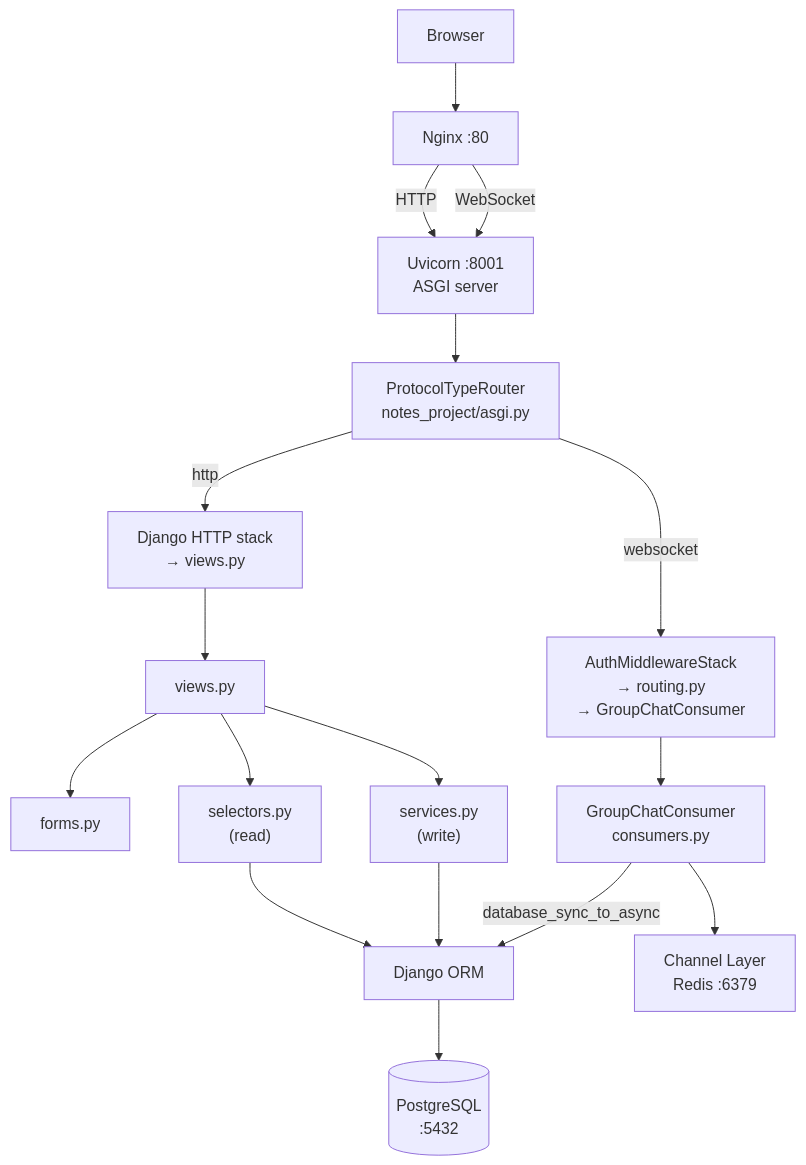
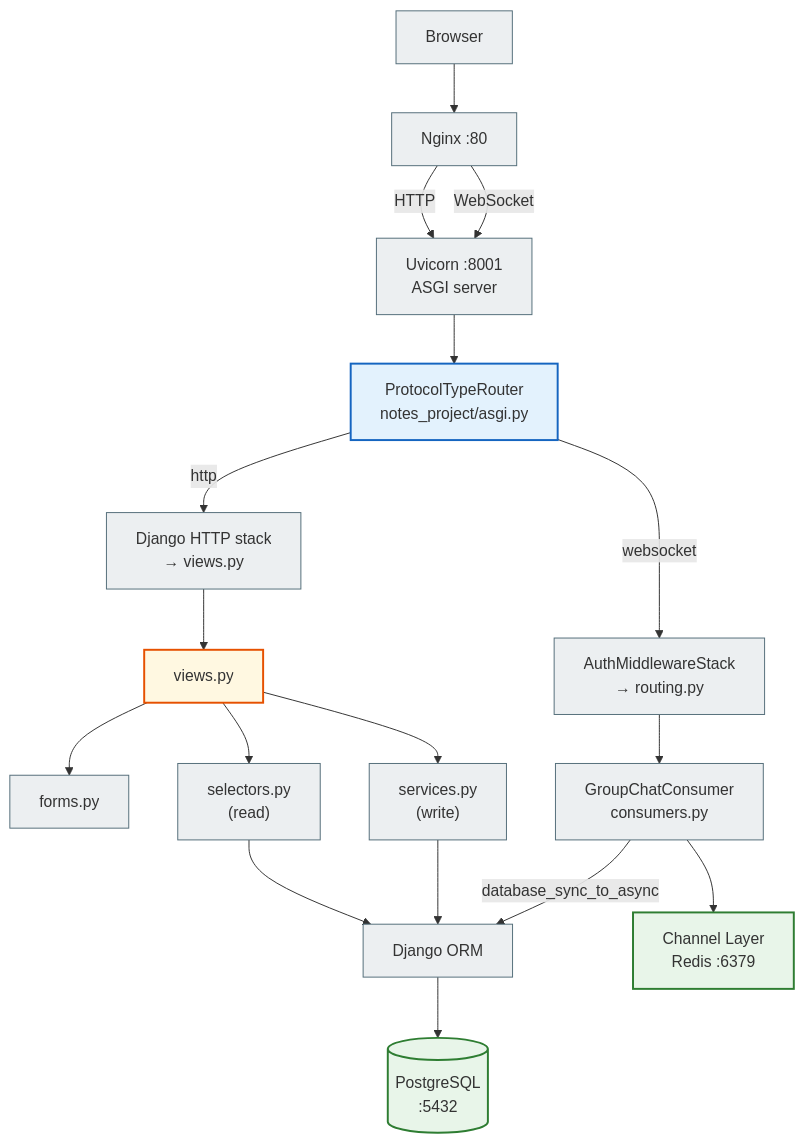
Before and after one commit to NikoriakViktot/notes_chat_app: the first of 2 diagrams in docs/12_final_project/architecture.md, drawn with Mermaid. The commit also changed other lines of this file and 441 other files, not shown here.

First line of the commit message:
Add English version of the book, Mermaid standard, docs fixes

````diff
--- a/docs/12_final_project/architecture.md
+++ b/docs/12_final_project/architecture.md
@@ -28,22 +28,32 @@
 ```mermaid
 flowchart TD
     Browser --> Nginx["Nginx :80"]
-    Nginx -->|HTTP| Uvicorn["Uvicorn :8001\nASGI server"]
+    Nginx -->|HTTP| Uvicorn["Uvicorn :8001<br>ASGI server"]
     Nginx -->|WebSocket| Uvicorn
 
-    Uvicorn --> ASGI["ProtocolTypeRouter\nnotes_project/asgi.py"]
-    ASGI -->|http| DjangoHTTP["Django HTTP stack\n→ views.py"]
-    ASGI -->|websocket| AuthMW["AuthMiddlewareStack\n→ routing.py\n→ GroupChatConsumer"]
+    Uvicorn --> ASGI["ProtocolTypeRouter<br>notes_project/asgi.py"]
+    ASGI -->|http| DjangoHTTP["Django HTTP stack<br>→ views.py"]
+    ASGI -->|websocket| AuthMW["AuthMiddlewareStack<br>→ routing.py"]
 
     DjangoHTTP --> Views["views.py"]
     Views --> Forms["forms.py"]
-    Views --> Selectors["selectors.py\n(read)"]
-    Views --> Services["services.py\n(write)"]
+    Views --> Selectors["selectors.py<br>(read)"]
+    Views --> Services["services.py<br>(write)"]
     Selectors --> ORM["Django ORM"]
     Services --> ORM
-    ORM --> PostgreSQL[("PostgreSQL\n:5432")]
+    ORM --> PostgreSQL[("PostgreSQL<br>:5432")]
 
-    AuthMW --> Consumer["GroupChatConsumer\nconsumers.py"]
+    AuthMW --> Consumer["GroupChatConsumer<br>consumers.py"]
     Consumer -->|database_sync_to_async| ORM
-    Consumer --> ChannelLayer["Channel Layer\nRedis :6379"]
+    Consumer --> ChannelLayer["Channel Layer<br>Redis :6379"]
+
+    classDef step     fill:#eceff1,stroke:#546e7a,stroke-width:1px;
+    classDef decision fill:#e3f2fd,stroke:#1565c0,stroke-width:2px;
+    classDef success  fill:#e8f5e9,stroke:#2e7d32,stroke-width:2px;
+    classDef warning  fill:#fff8e1,stroke:#e65100,stroke-width:2px;
+
+    class Browser,Nginx,Uvicorn,DjangoHTTP,Forms,Selectors,Services,ORM,AuthMW,Consumer step;
+    class ASGI decision;
+    class PostgreSQL,ChannelLayer success;
+    class Views warning;
 ```
````
